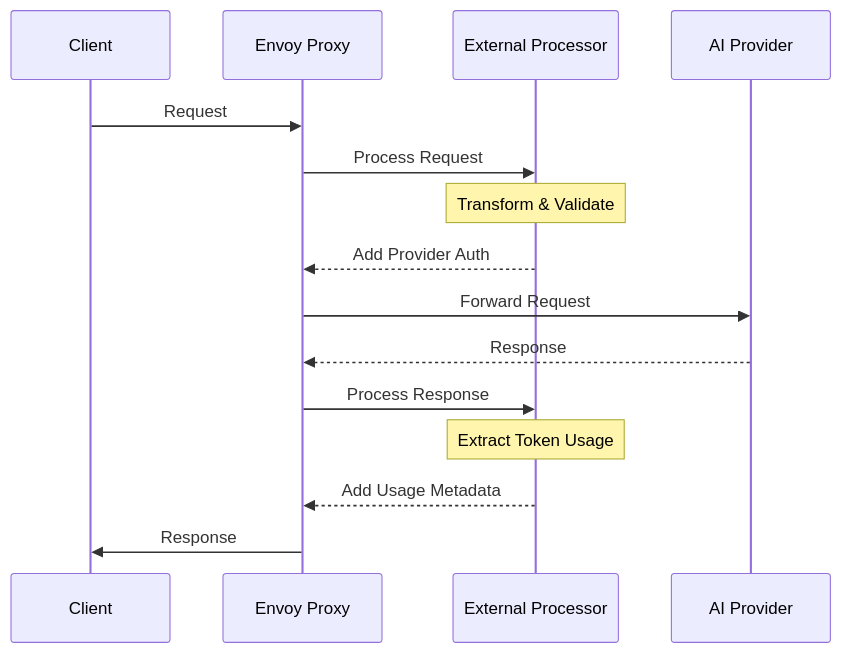
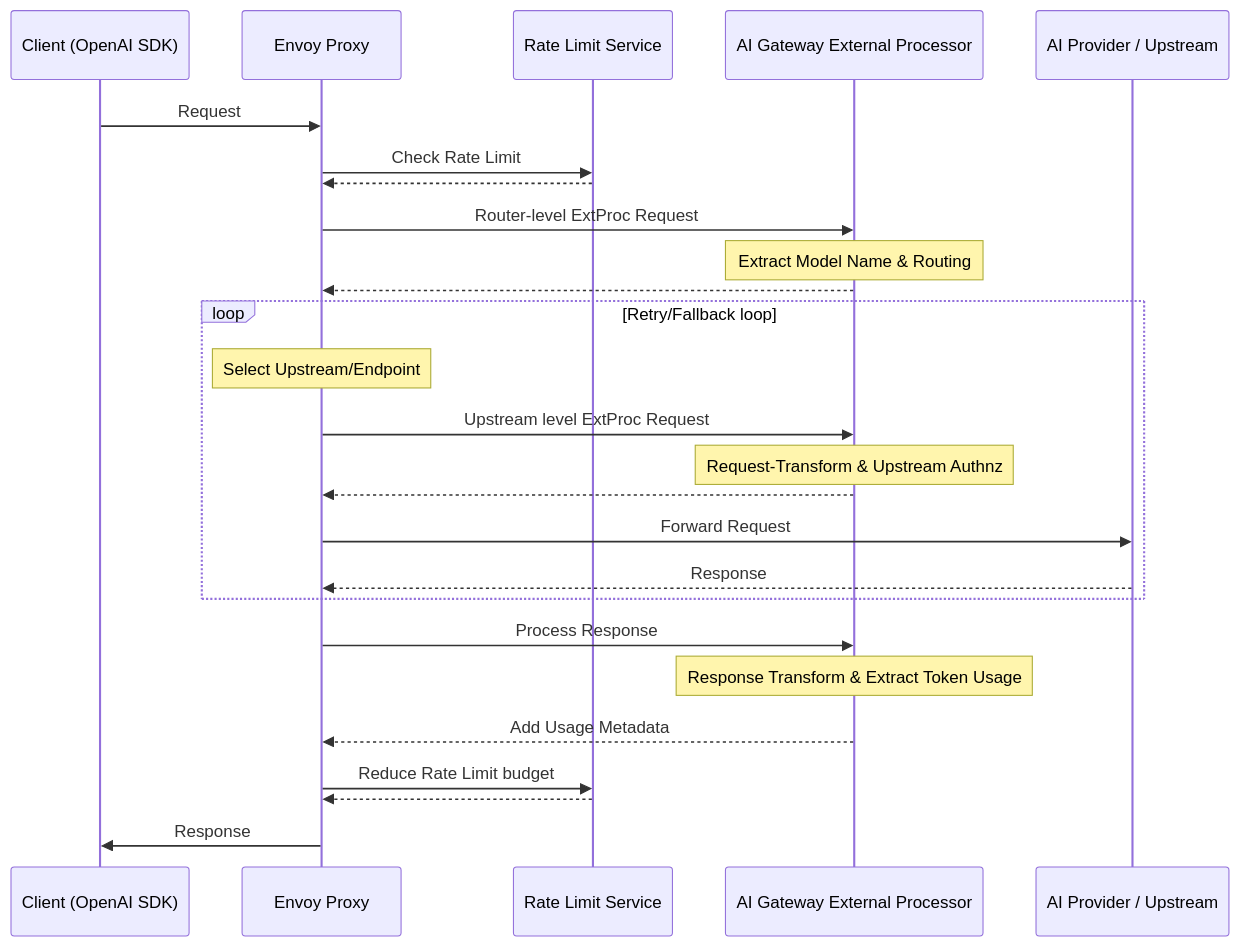
Before and after one commit to yduwcui/ai-gateway: the diagram in site/versioned_docs/version-0.2/concepts/architecture/data-plane.md, drawn with Mermaid. The commit also changed other lines of this file and 15 other files, not shown here.

````diff
--- a/site/versioned_docs/version-0.2/concepts/architecture/data-plane.md
+++ b/site/versioned_docs/version-0.2/concepts/architecture/data-plane.md
@@ -82,18 +48,29 @@
 ```mermaid
 sequenceDiagram
-    participant Client
+    participant Client as Client (OpenAI SDK)
     participant Envoy as Envoy Proxy
-    participant Processor as External Processor
-    participant Provider as AI Provider
+    participant RLS as Rate Limit Service
+    participant Processor as AI Gateway External Processor
+    participant Provider as AI Provider / Upstream
 
     Client->>Envoy: Request
-    Envoy->>Processor: Process Request
-    Note over Processor: Transform & Validate
-    Processor-->>Envoy: Add Provider Auth
-    Envoy->>Provider: Forward Request
-    Provider-->>Envoy: Response
+    Envoy->>RLS: Check Rate Limit
+    RLS-->>Envoy: ;
+    Envoy->>Processor: Router-level ExtProc Request
+    Note over Processor: Extract Model Name & Routing
+    Processor-->>Envoy: ;
+    loop Retry/Fallback loop
+        Note over Envoy: Select Upstream/Endpoint
+        Envoy->>Processor: Upstream level ExtProc Request
+        Note over Processor: Request-Transform & Upstream Authnz
+        Processor-->>Envoy: ;
+        Envoy->>Provider: Forward Request
+        Provider-->>Envoy: Response
+    end
     Envoy->>Processor: Process Response
-    Note over Processor: Extract Token Usage
+    Note over Processor: Response Transform & Extract Token Usage
     Processor-->>Envoy: Add Usage Metadata
+    Envoy->>RLS: Reduce Rate Limit budget
+    RLS-->>Envoy: ;
     Envoy->>Client: Response
 ```
````
